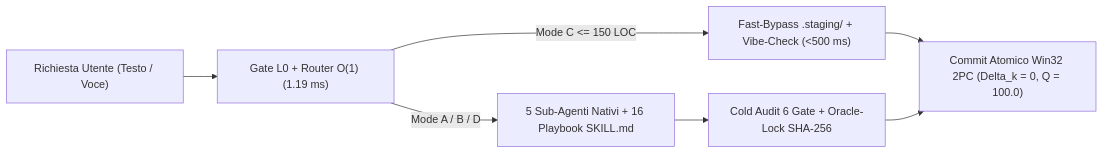
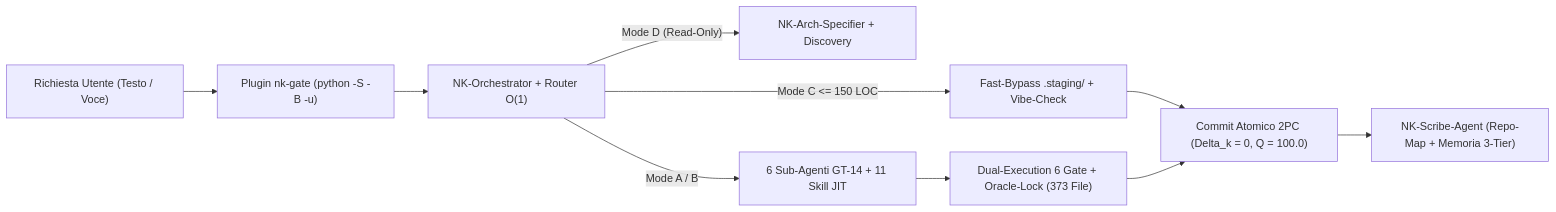
The first of 2 diagrams in .github/README.md (erbaldo86/NK-Hub), drawn with Mermaid before and after one commit. The commit also changed other lines of this file and 436 other files, not shown here.

````diff
--- a/.github/README.md
+++ b/.github/README.md
@@ -136,9 +153,12 @@
 ```mermaid
 flowchart LR
-    U["Richiesta Utente (Testo / Voce)"] --> R["Gate L0 + Router O(1) (1.19 ms)"]
-    R -->|"Mode C <= 150 LOC"| FB["Fast-Bypass .staging/ + Vibe-Check (<500 ms)"]
-    R -->|"Mode A / B / D"| S["5 Sub-Agenti Nativi + 16 Playbook SKILL.md"]
-    FB --> C["Commit Atomico Win32 2PC (Delta_k = 0, Q = 100.0)"]
-    S --> A["Cold Audit 6 Gate + Oracle-Lock SHA-256"]
-    A --> C
+    U["Richiesta Utente (Testo / Voce)"] --> HG["Plugin nk-gate (python -S -B -u)"]
+    HG --> R["NK-Orchestrator + Router O(1)"]
+    R -->|"Mode D (Read-Only)"| RO["NK-Arch-Specifier + Discovery"]
+    R -->|"Mode C <= 150 LOC"| FB["Fast-Bypass .staging/ + Vibe-Check"]
+    R -->|"Mode A / B"| SW["6 Sub-Agenti GT-14 + 11 Skill JIT"]
+    SW --> AU["Dual-Execution 6 Gate + Oracle-Lock (373 File)"]
+    FB --> TPC["Commit Atomico 2PC (Delta_k = 0, Q = 100.0)"]
+    AU --> TPC
+    TPC --> SCR["NK-Scribe-Agent (Repo-Map + Memoria 3-Tier)"]
 ```
````
